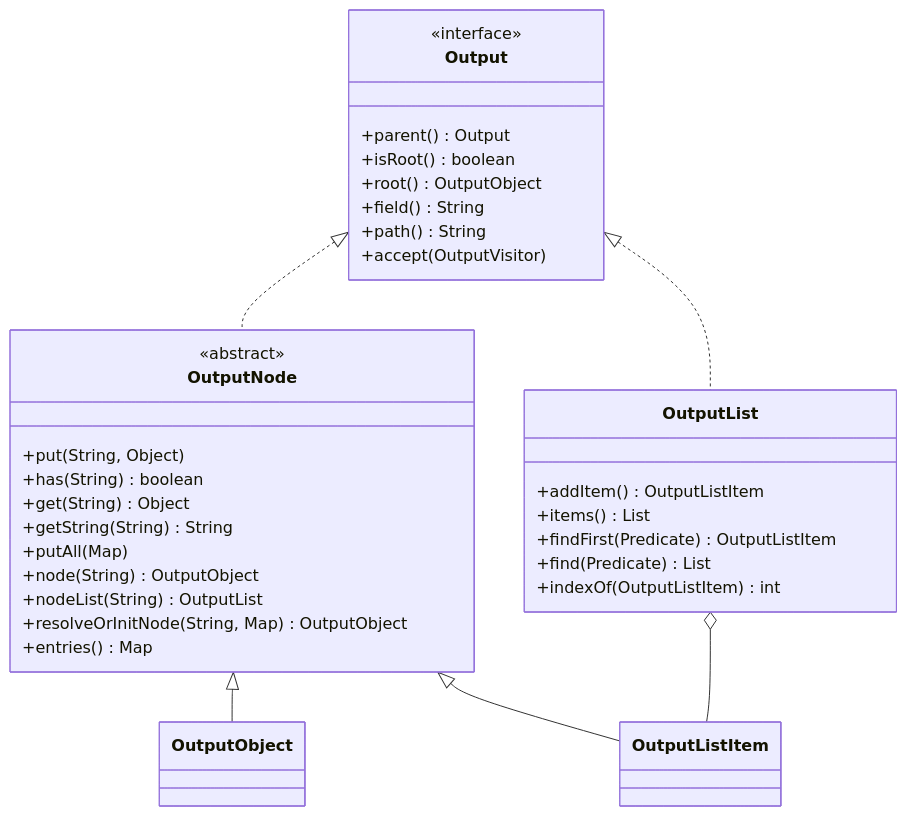
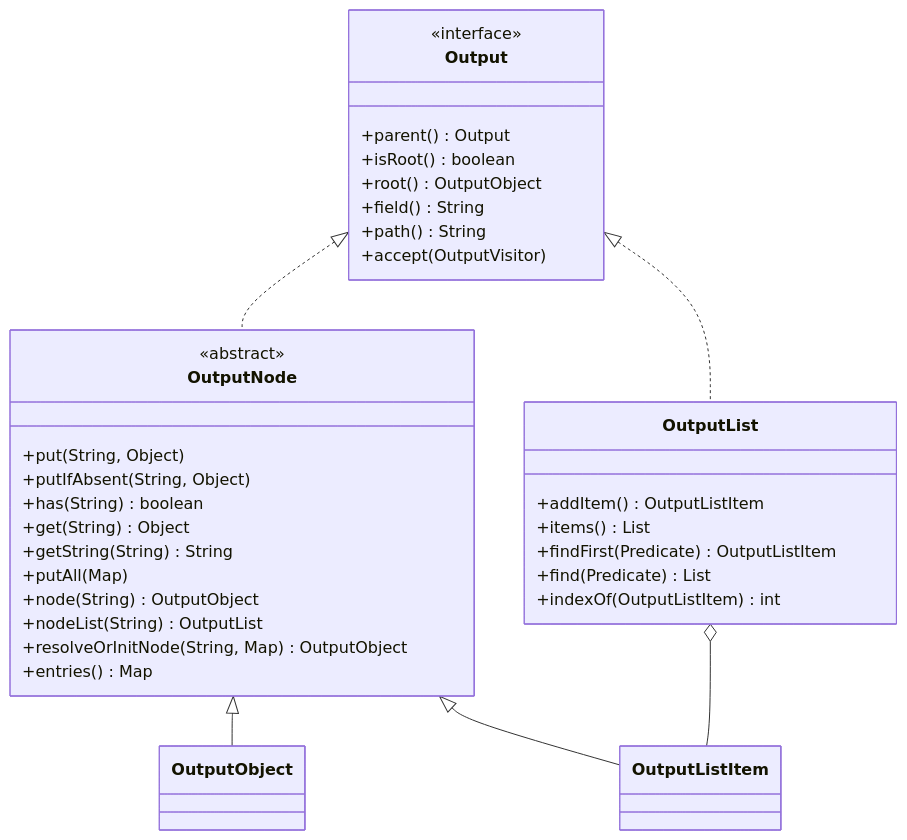
The diagram in docs/reference/output-node.md (sitepark/ies-aggregator), drawn with Mermaid before and after one commit. The commit also changed 2 other files, not shown here.

Commit message:
feat(output): add putIfAbsent for cooperatively written areas (#35)
Several aggregators contribute to one area, and the first writer of a field
has to win: SiteKit's intro writes base.title and metadata.headline before
any later section type may. The legacy spells that overwrite="false"; until
now the framework offered only has() and resolveOrInitNode, the latter for
child objects alone.

Presence decides, as with Map.putIfAbsent - a caller that means the first
non-empty value checks its value first, which the javadoc says plainly.

````diff
--- a/docs/reference/output-node.md
+++ b/docs/reference/output-node.md
@@ -25,39 +25,40 @@
 ```mermaid
 classDiagram
     class Output {
         <<interface>>
         +parent() Output
         +isRoot() boolean
         +root() OutputObject
         +field() String
         +path() String
         +accept(OutputVisitor)
     }
     class OutputNode {
         <<abstract>>
         +put(String, Object)
+        +putIfAbsent(String, Object)
         +has(String) boolean
         +get(String) Object
         +getString(String) String
         +putAll(Map)
         +node(String) OutputObject
         +nodeList(String) OutputList
         +resolveOrInitNode(String, Map) OutputObject
         +entries() Map
     }
     class OutputObject
     class OutputList {
         +addItem() OutputListItem
         +items() List
         +findFirst(Predicate) OutputListItem
         +find(Predicate) List
         +indexOf(OutputListItem) int
     }
     class OutputListItem
 
     Output <|.. OutputNode
     Output <|.. OutputList
     OutputNode <|-- OutputObject
     OutputNode <|-- OutputListItem
     OutputList o-- OutputListItem
 ```
````
